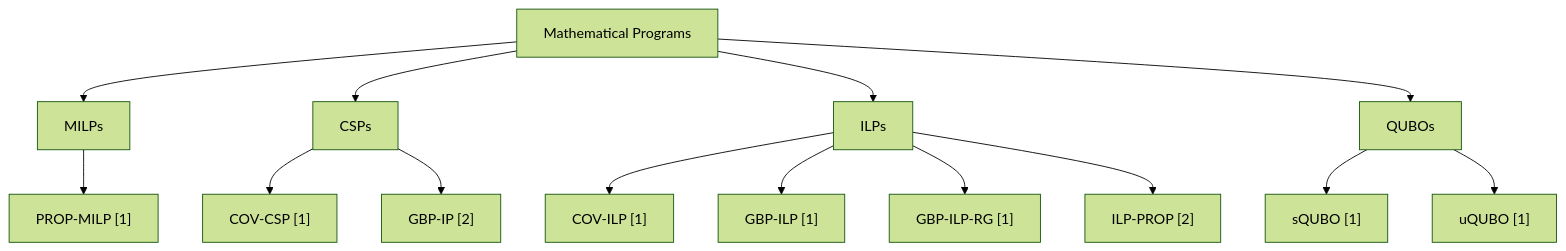
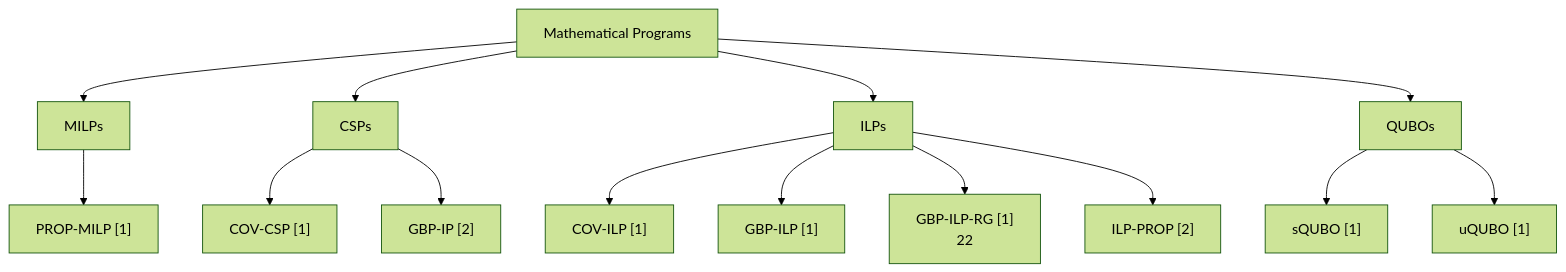
The diagram in README.md (NodesOnFire/GBP-MPs), drawn with Mermaid (forest theme) before and after one commit.

````diff
--- a/README.md
+++ b/README.md
@@ -4,16 +4,16 @@
 ```mermaid
 graph TD;
     MPs["Mathematical Programs"] --> MILPs;
     MPs["Mathematical Programs"] --> CSPs;
     MPs["Mathematical Programs"] --> ILPs;
     MPs["Mathematical Programs"] --> QUBOs;
     MILPs --> PROP-MILP["PROP-MILP [1]"];
     CSPs --> COV-CSP["COV-CSP [1]"];
     CSPs --> GBP-IP["GBP-IP [2]"];
     ILPs --> COV-ILP["COV-ILP [1]"];
     ILPs --> GBP-ILP["GBP-ILP [1]"];
-    ILPs --> GBP-ILP-RG["GBP-ILP-RG [1]"];
+    ILPs --> GBP-ILP-RG["GBP-ILP-RG [1]\n22"];
     ILPs --> ILP-PROP["ILP-PROP [2]"];
     QUBOs --> sQUBO["sQUBO [1]"];
     QUBOs --> uQUBO["uQUBO [1]"];
 ```
````
